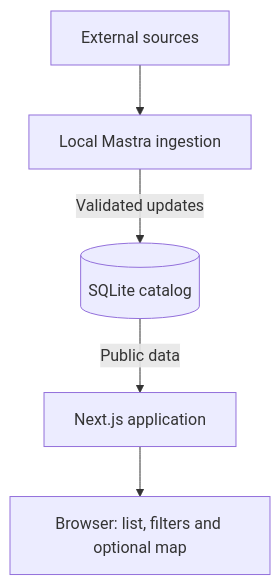
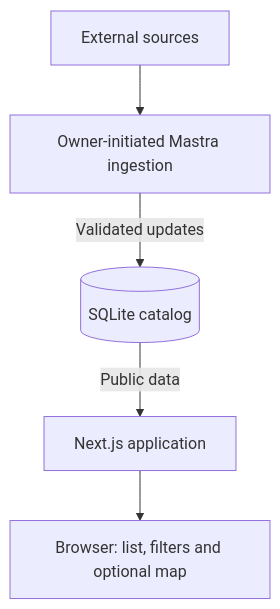
One commit to alex-karo/eventroam changed the first of 2 diagrams in README.md. Above: the diagram before and after it, drawn with Mermaid. The commit also changed other lines of this file and 38 other files, not shown here.

````diff
--- a/README.md
+++ b/README.md
@@ -27,7 +27,7 @@
 ```mermaid
 flowchart TD
-    Sources[External sources] --> Ingestion[Local Mastra ingestion]
+    Sources[External sources] --> Ingestion[Owner-initiated Mastra ingestion]
     Ingestion -->|Validated updates| DB[(SQLite catalog)]
     DB -->|Public data| Web[Next.js application]
     Web --> UI["Browser: list, filters and optional map"]
 ```
````
